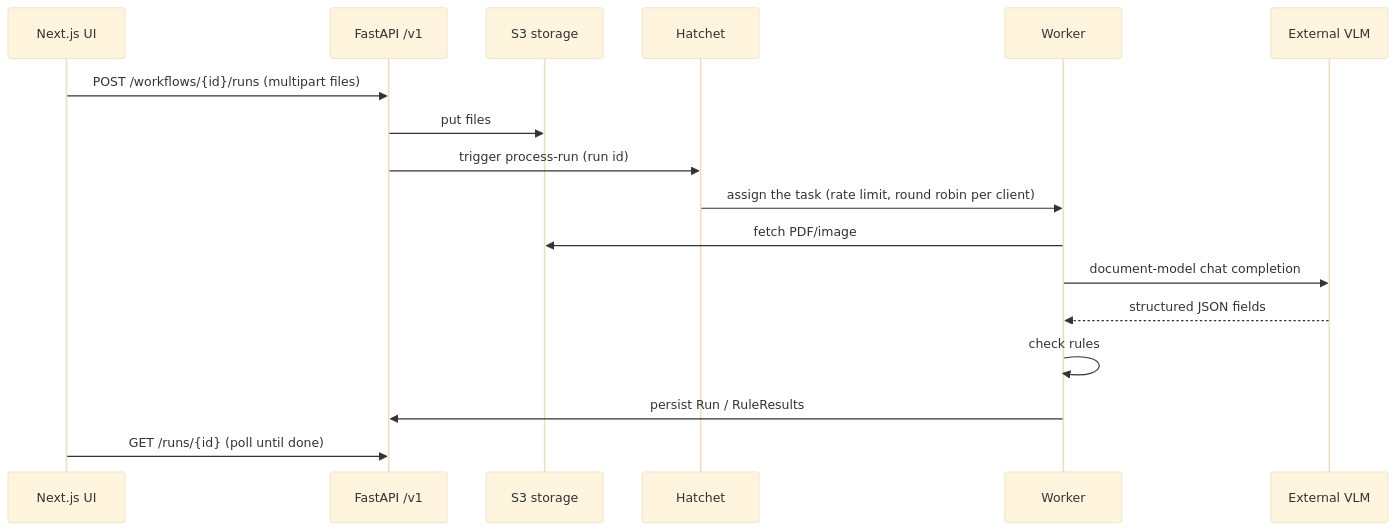
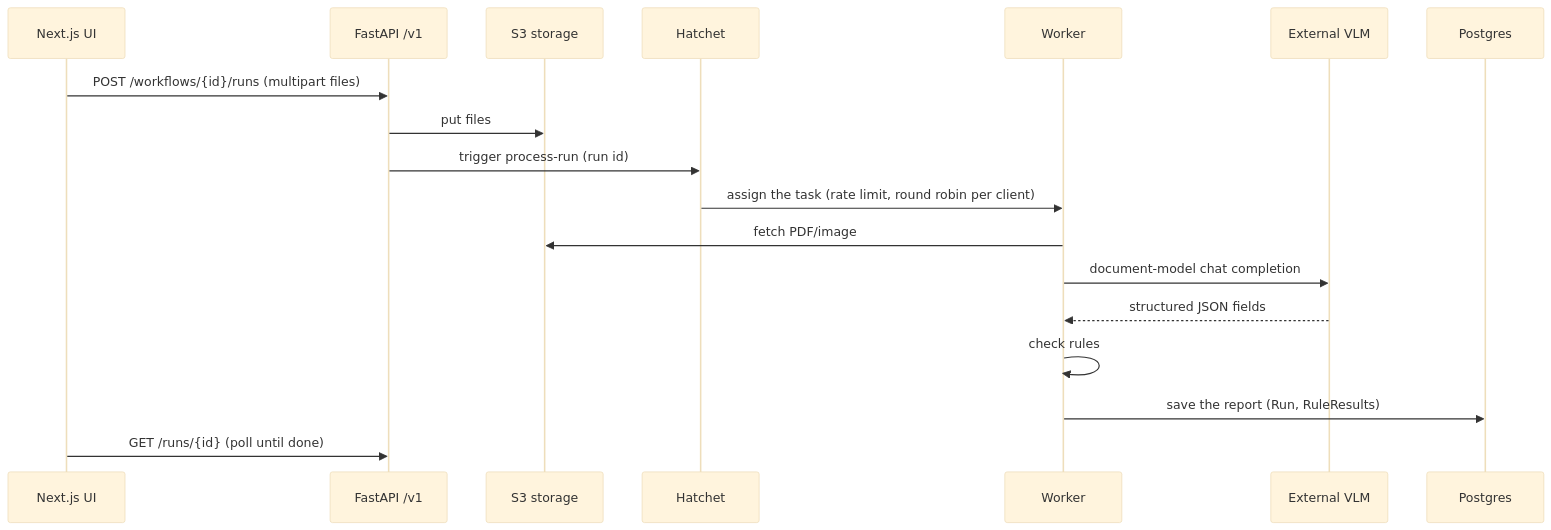
One commit to MehdiGououiad/repody changed the diagram in CONTEXT.md. Above: the diagram before and after it, drawn with Mermaid (base theme). The commit also changed other lines of this file and 29 other files, not shown here.

````diff
--- a/CONTEXT.md
+++ b/CONTEXT.md
@@ -30,20 +30,21 @@
 ```mermaid
 sequenceDiagram
   participant UI as Next.js UI
   participant API as FastAPI /v1
   participant Store as S3 storage
   participant Q as Hatchet
   participant W as Worker
   participant Inf as External VLM
+  participant DB as Postgres
 
   UI->>API: POST /workflows/{id}/runs (multipart files)
   API->>Store: put files
   API->>Q: trigger process-run (run id)
   Q->>W: assign the task (rate limit, round robin per client)
   W->>Store: fetch PDF/image
   W->>Inf: document-model chat completion
   Inf-->>W: structured JSON fields
   W->>W: check rules
-  W->>API: persist Run / RuleResults
+  W->>DB: save the report (Run, RuleResults)
   UI->>API: GET /runs/{id} (poll until done)
 ```
````
